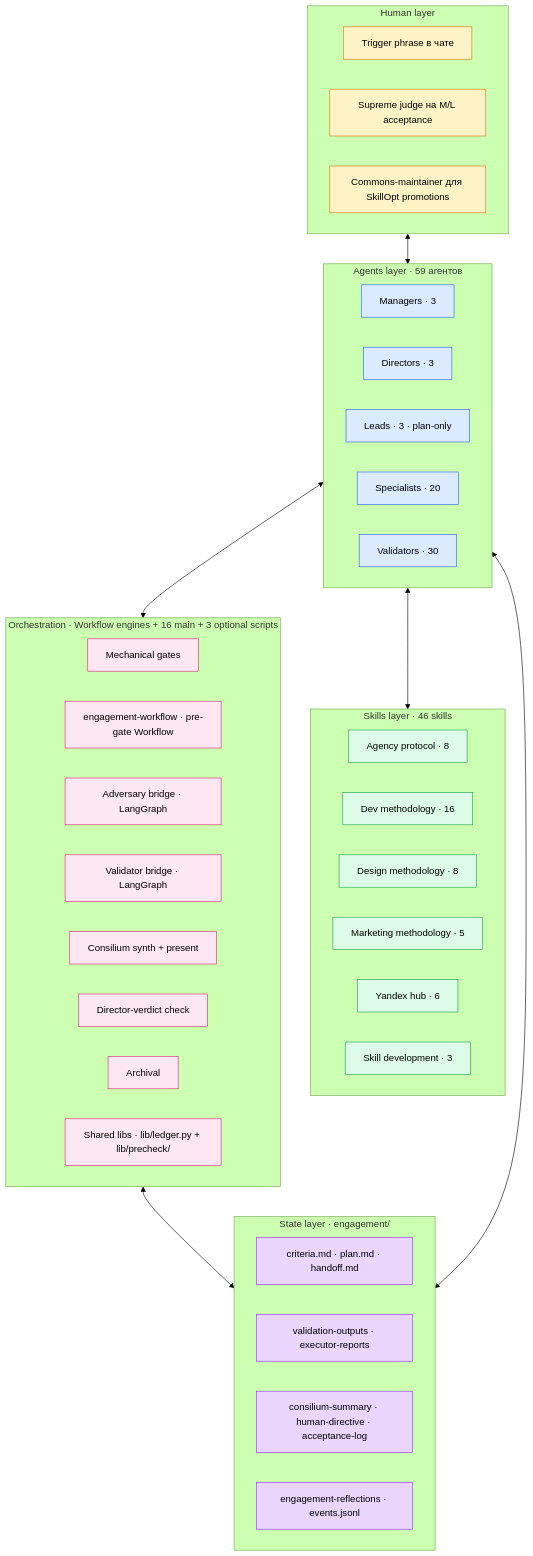
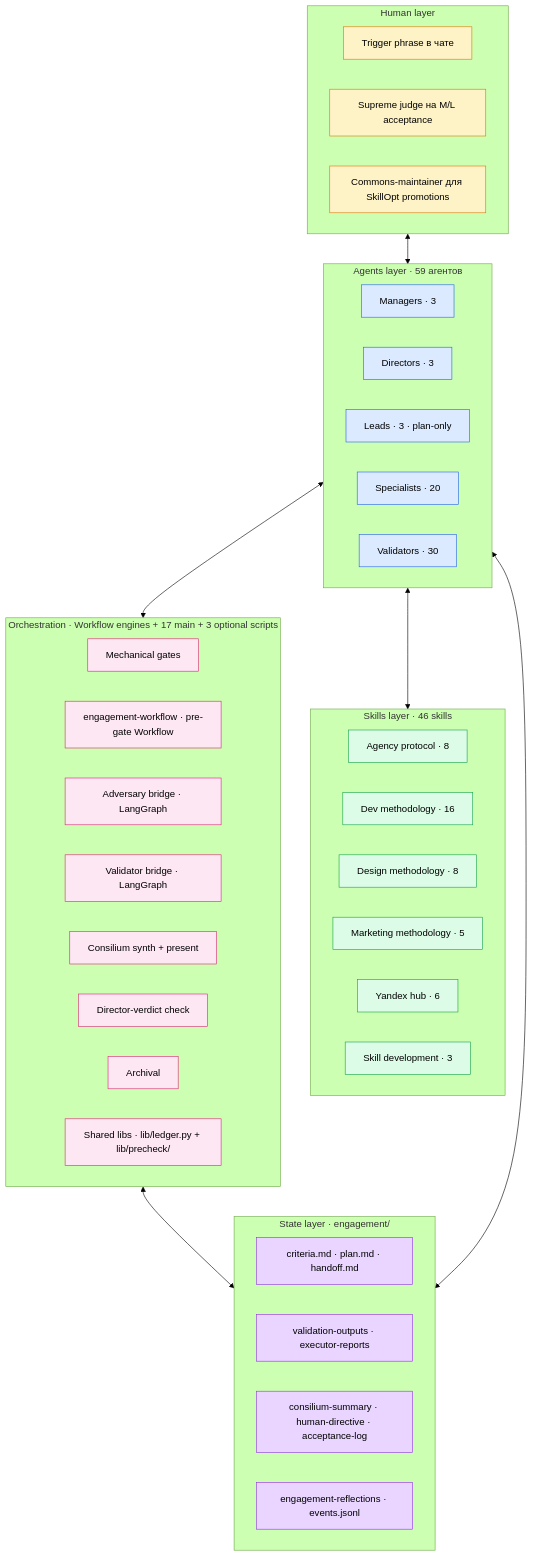
One commit to AgentShekel/agentic-workflow changed the first of 6 diagrams in ARCHITECTURE.ru.md. Above: the diagram before and after it, drawn with Mermaid (forest theme). The commit also changed other lines of this file and 4 other files, not shown here.

````diff
--- a/ARCHITECTURE.ru.md
+++ b/ARCHITECTURE.ru.md
@@ -106,61 +106,61 @@
 ```mermaid
 flowchart TB
     subgraph Human ["Human layer"]
         H1[Trigger phrase в чате]
         H2[Supreme judge на M/L acceptance]
         H3[Commons-maintainer для SkillOpt promotions]
     end
 
     subgraph Agents ["Agents layer · 59 агентов"]
         AM[Managers · 3]
         AD[Directors · 3]
         AL[Leads · 3 · plan-only]
         AS[Specialists · 20]
         AV[Validators · 30]
     end
 
     subgraph Skills ["Skills layer · 46 skills"]
         SK1[Agency protocol · 8]
         SK2[Dev methodology · 16]
         SK3[Design methodology · 8]
         SK4[Marketing methodology · 5]
         SK5[Yandex hub · 6]
         SK6[Skill development · 3]
     end
 
-    subgraph Orch ["Orchestration · Workflow engines + 16 main + 3 optional scripts"]
+    subgraph Orch ["Orchestration · Workflow engines + 17 main + 3 optional scripts"]
         O1[Mechanical gates]
         O2[engagement-workflow · pre-gate Workflow]
         O3[Adversary bridge · LangGraph]
         O4[Validator bridge · LangGraph]
         O5[Consilium synth + present]
         O6[Director-verdict check]
         O7[Archival]
         O8[Shared libs · lib/ledger.py + lib/precheck/]
     end
 
     subgraph State ["State layer · engagement/"]
         ST1[criteria.md · plan.md · handoff.md]
         ST2[validation-outputs · executor-reports]
         ST3[consilium-summary · human-directive · acceptance-log]
         ST4[engagement-reflections · events.jsonl]
     end
 
     Human <--> Agents
     Agents <--> Skills
     Agents <--> Orch
     Orch <--> State
     Agents <--> State
 
     classDef human fill:#fef3c7,stroke:#d97706,color:#000
     classDef agents fill:#dbeafe,stroke:#2563eb,color:#000
     classDef skills fill:#dcfce7,stroke:#16a34a,color:#000
     classDef orch fill:#fce7f3,stroke:#db2777,color:#000
     classDef state fill:#e9d5ff,stroke:#9333ea,color:#000
 
     class H1,H2,H3 human
     class AM,AD,AL,AS,AV agents
     class SK1,SK2,SK3,SK4,SK5,SK6 skills
     class O1,O2,O3,O4,O5,O6,O7,O8 orch
     class ST1,ST2,ST3,ST4 state
 ```
````
